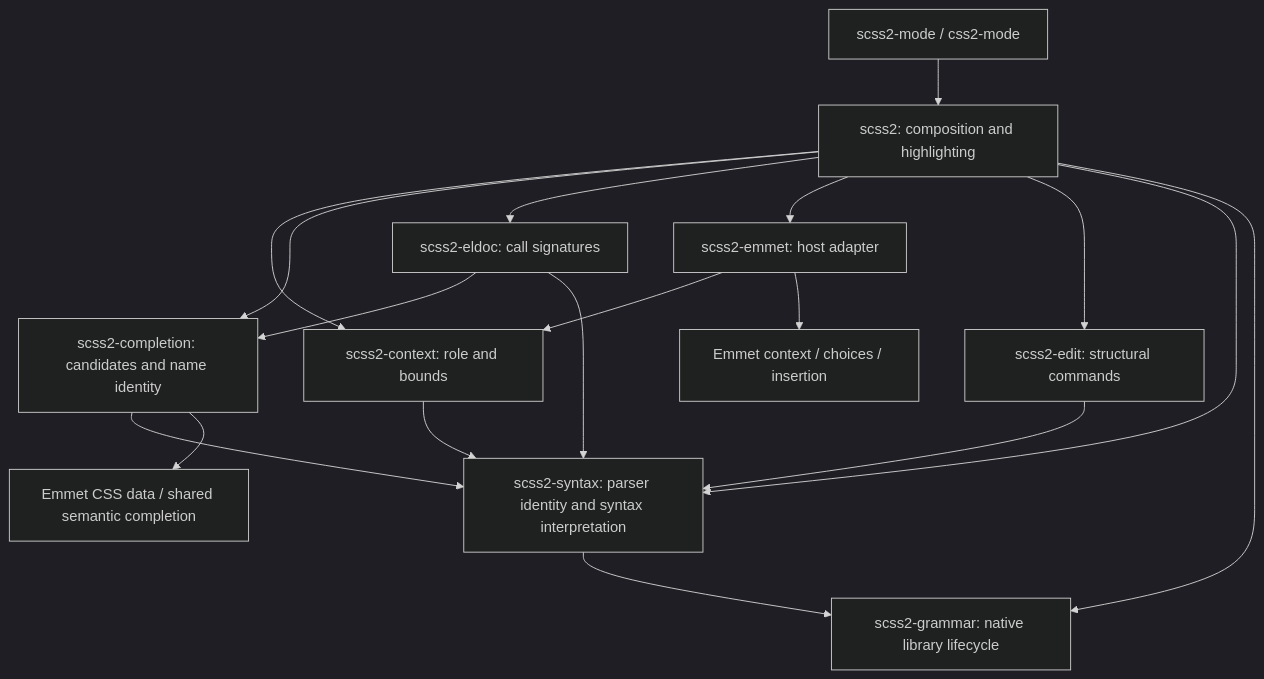
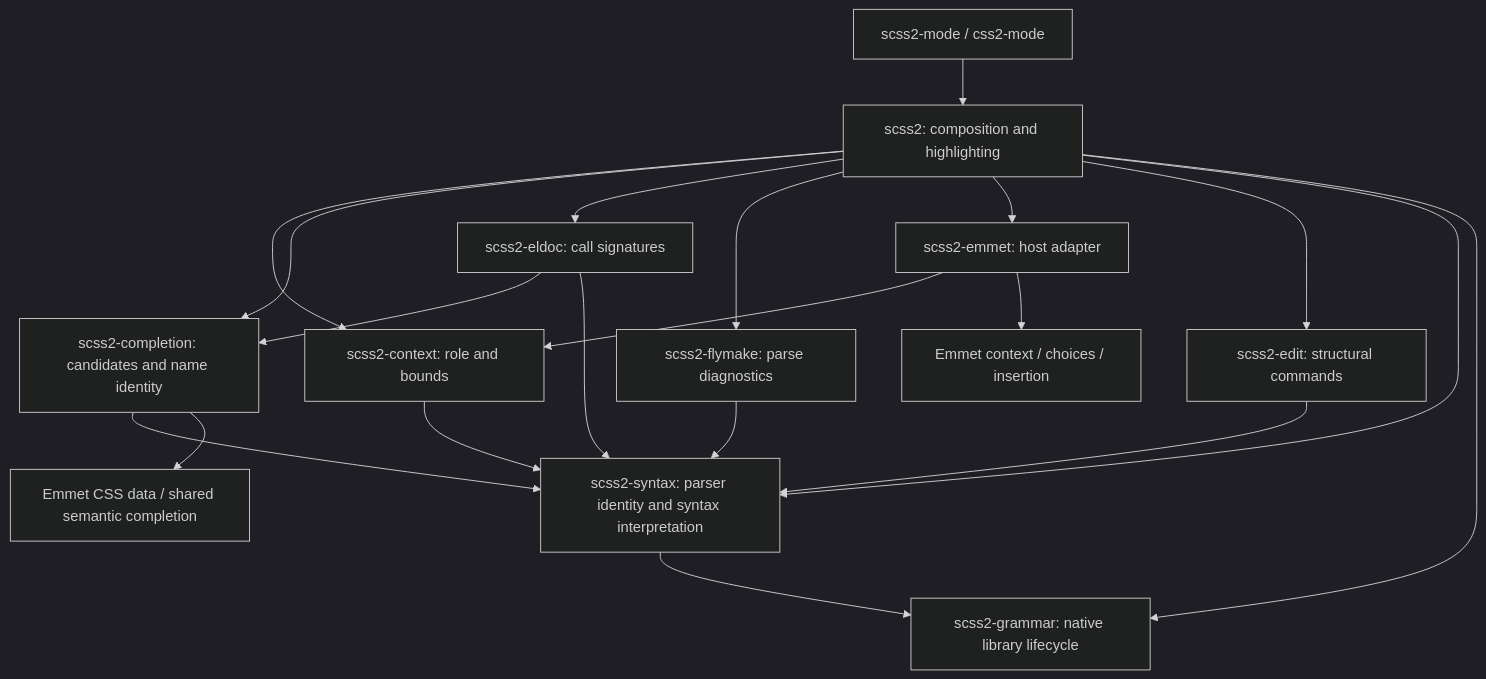
The diagram in docs/architecture.md (P233/scss2-mode), drawn with Mermaid (dark theme) before and after one commit. The commit also changed other lines of this file and 5 other files, not shown here.

First line of the commit message:
feat: report parse errors through Flymake

````diff
--- a/docs/architecture.md
+++ b/docs/architecture.md
@@ -10,20 +10,22 @@
 ```mermaid
 flowchart TD
   Modes[scss2-mode / css2-mode] --> Host[scss2: composition and highlighting]
   Host --> Context[scss2-context: role and bounds]
   Host --> Completion[scss2-completion: candidates and name identity]
   Host --> Eldoc[scss2-eldoc: call signatures]
+  Host --> Flymake[scss2-flymake: parse diagnostics]
+  Flymake --> Syntax
   Eldoc --> Completion
   Eldoc --> Syntax
   Host --> Emmet[scss2-emmet: host adapter]
   Host --> Edit[scss2-edit: structural commands]
   Emmet --> Context
   Context --> Syntax[scss2-syntax: parser identity and syntax interpretation]
   Completion --> Syntax
   Edit --> Syntax
   Syntax --> Grammar[scss2-grammar: native library lifecycle]
   Host --> Syntax
   Host --> Grammar
   Completion --> Data[Emmet CSS data / shared semantic completion]
   Emmet --> Engine[Emmet context / choices / insertion]
 ```
````
